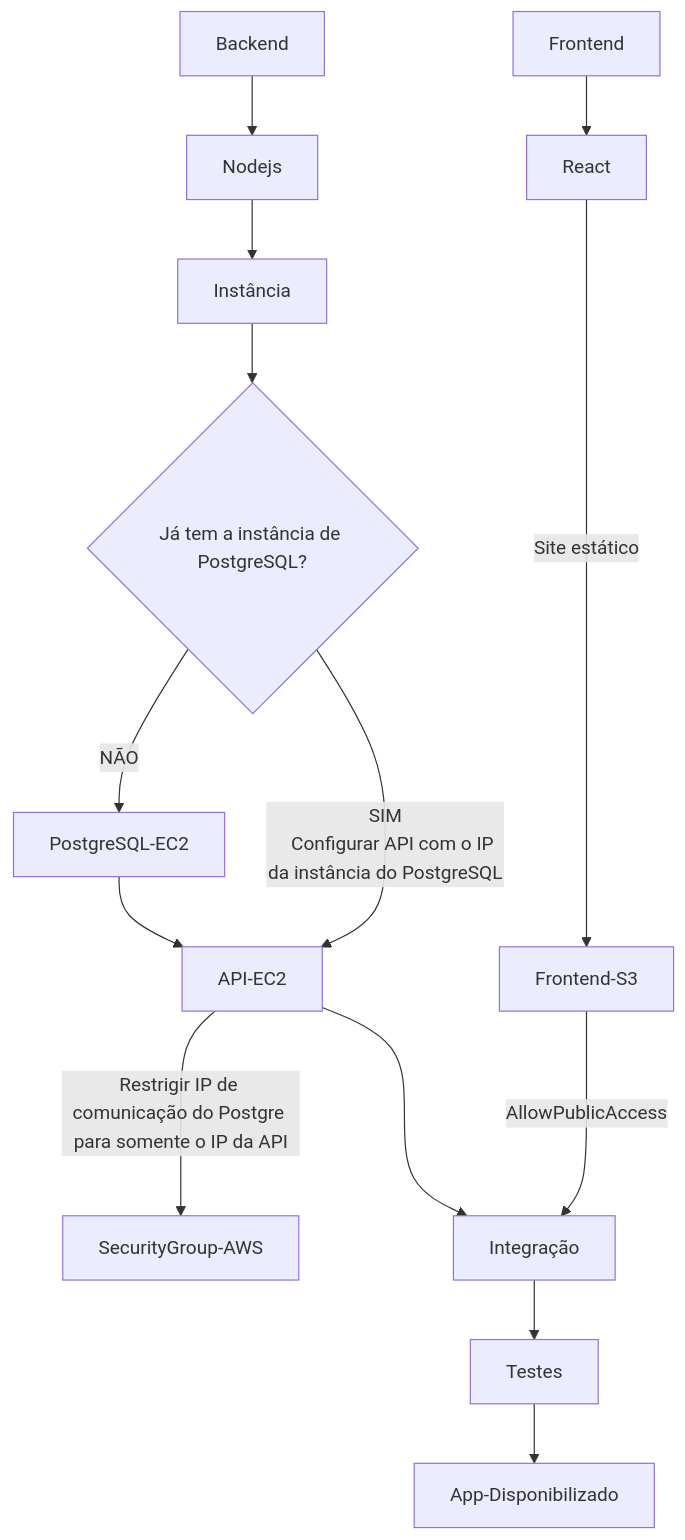
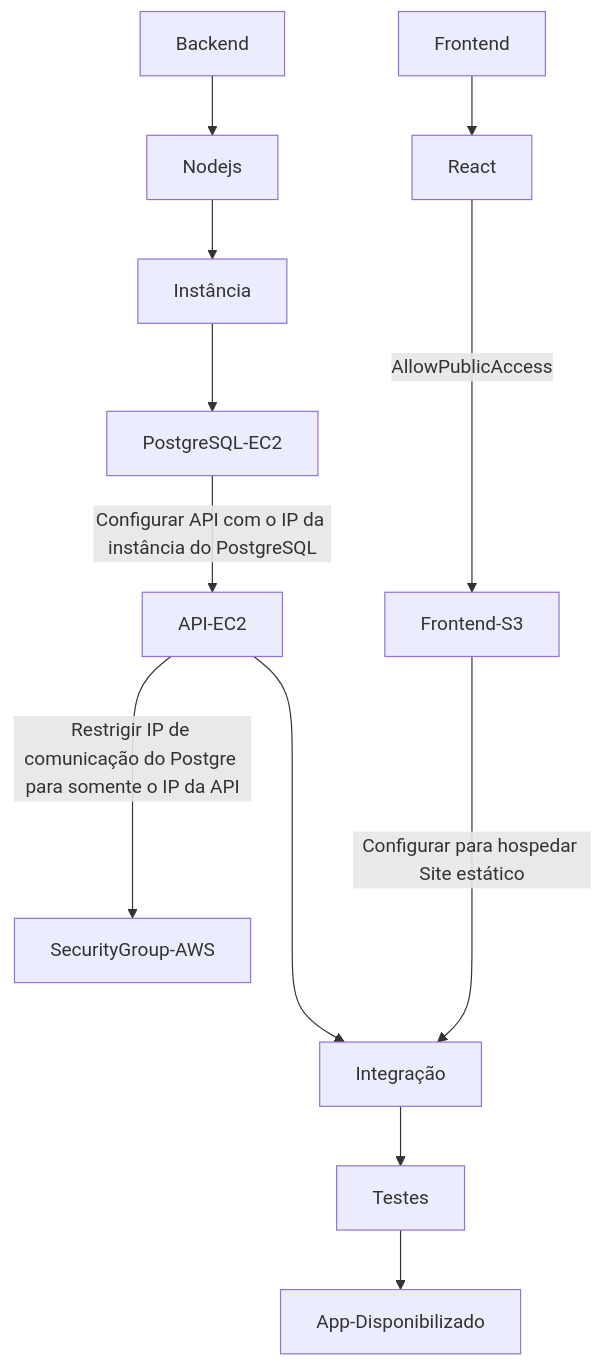
The diagram in README.md (g-Miyata/D03_AWS_FULLSTACK_NOV24), drawn with Mermaid before and after one commit. The commit also changed other lines of this file and 4 other files, not shown here.

````diff
--- a/README.md
+++ b/README.md
@@ -65,18 +66,14 @@
 ```mermaid
 graph TD;
     Backend -->Nodejs;
     Nodejs -->Instância
-    Instância-->A;
-    A{Já tem a instância de PostgreSQL?}-->|NÃO|PostgreSQL-EC2
+    Instância-->PostgreSQL-EC2
     API-EC2--->|Restrigir IP de comunicação do Postgre para somente o IP da API|SecurityGroup-AWS;
-    PostgreSQL-EC2-->API-EC2
-    A{Já tem a instância de PostgreSQL?}-->|SIM
-    Configurar API com o IP da instância do PostgreSQL |API-EC2;
+    PostgreSQL-EC2-->|Configurar API com o IP da instância do PostgreSQL|API-EC2;
     Frontend-->React;
-    API-EC2--->Integração;
-    Frontend-S3--->|AllowPublicAccess|Integração;
-    React----->|Site estático|Frontend-S3;
-
+    API-EC2---->Integração;
+    Frontend-S3---->|Configurar para hospedar Site estático|Integração;
+    React---->|AllowPublicAccess|Frontend-S3;
     Integração -->Testes
     Testes-->App-Disponibilizado;
 ```
````
